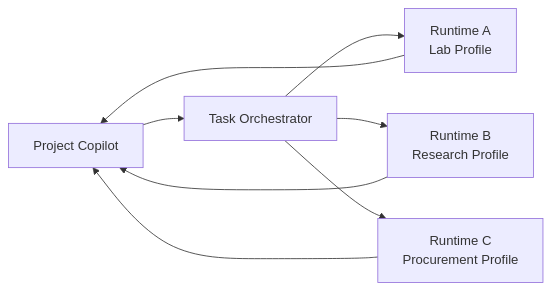
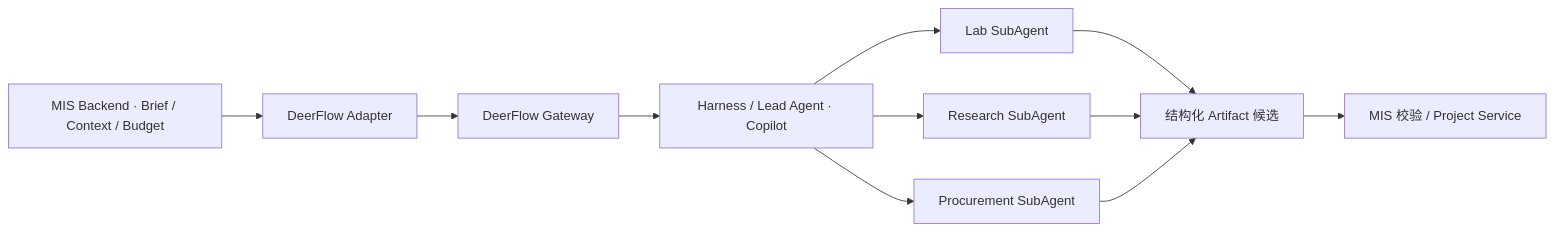
Before and after one commit to Muilrz/Meta-Instrument-Studio: the third of 4 diagrams in docs/architecture.md, drawn with Mermaid. The commit also changed other lines of this file and 5 other files, not shown here.

````diff
--- a/docs/architecture.md
+++ b/docs/architecture.md
@@ -170,16 +164,13 @@
 ```mermaid
 flowchart LR
-    PC[Project Copilot]
-    TO[Task Orchestrator]
-    R1[Runtime A<br/>Lab Profile]
-    R2[Runtime B<br/>Research Profile]
-    R3[Runtime C<br/>Procurement Profile]
-
-    PC --> TO
-    TO --> R1
-    TO --> R2
-    TO --> R3
-    R1 --> PC
-    R2 --> PC
-    R3 --> PC
+    MIS["MIS Backend · Brief / Context / Budget"] --> AD[DeerFlow Adapter]
+    AD --> GW[DeerFlow Gateway]
+    GW --> LEAD["Harness / Lead Agent · Copilot"]
+    LEAD --> LAB[Lab SubAgent]
+    LEAD --> RES[Research SubAgent]
+    LEAD --> PRO[Procurement SubAgent]
+    LAB --> RESULT[结构化 Artifact 候选]
+    RES --> RESULT
+    PRO --> RESULT
+    RESULT --> CHECK["MIS 校验 / Project Service"]
 ```
````
